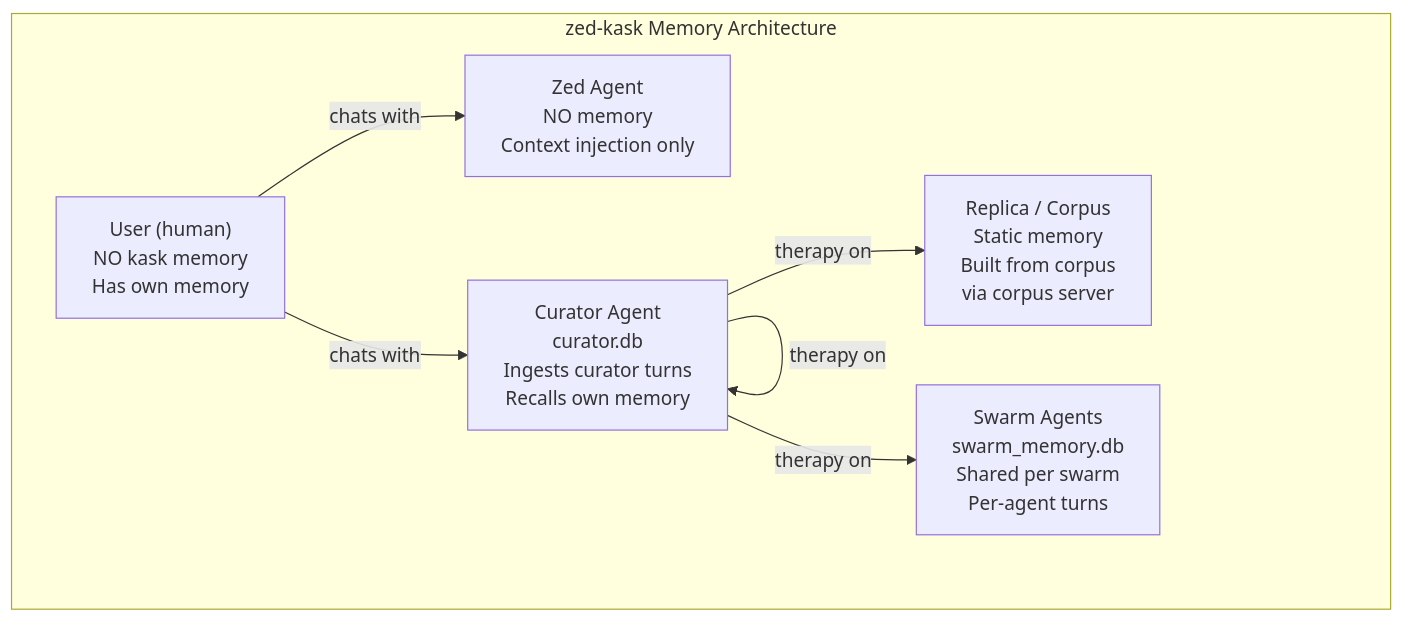
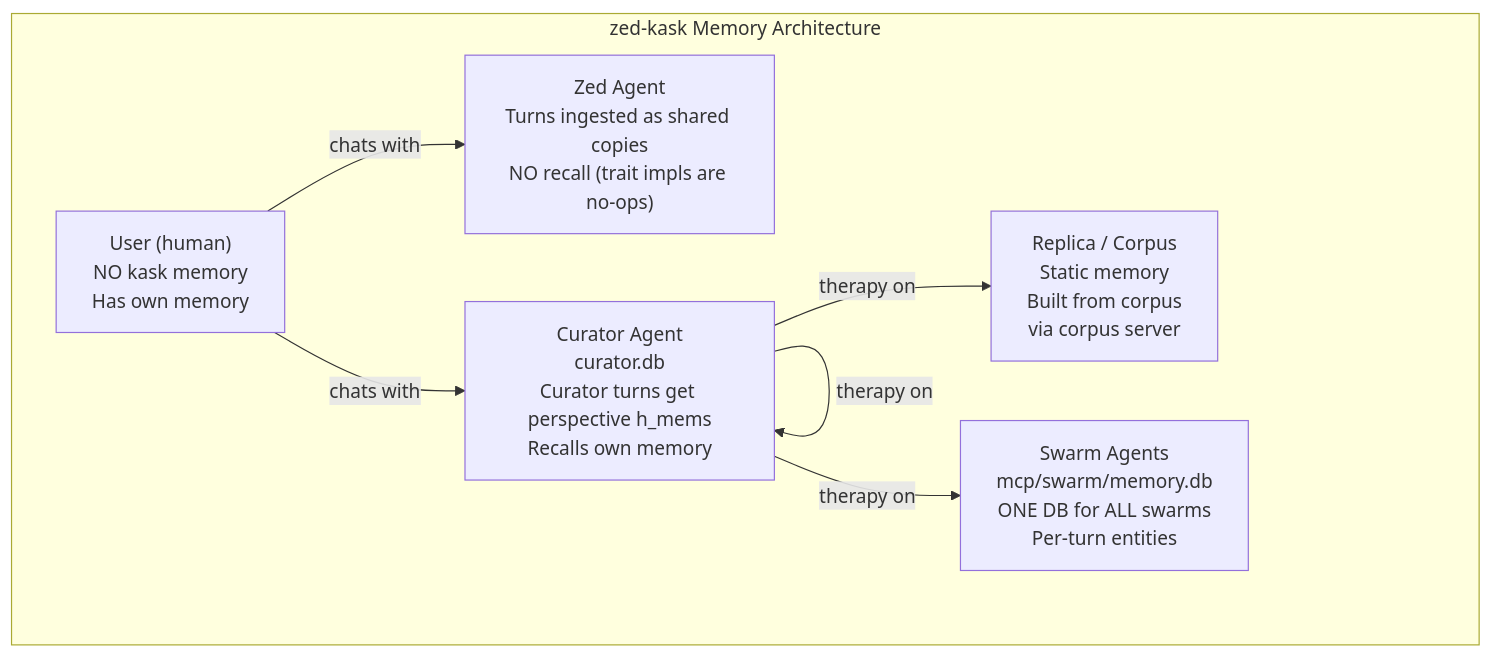
The first of 9 diagrams in kask/docs/architecture/memory-system-and-therapy.md (mdz-axo/zed-kask), drawn with Mermaid before and after one commit. The commit also changed other lines of this file and 34 other files, not shown here.

````diff
--- a/kask/docs/architecture/memory-system-and-therapy.md
+++ b/kask/docs/architecture/memory-system-and-therapy.md
@@ -57,16 +67,16 @@
 ```mermaid
 graph TD
     subgraph "zed-kask Memory Architecture"
         User["User (human)<br/>NO kask memory<br/>Has own memory"]
-        ZedAgent["Zed Agent<br/>NO memory<br/>Context injection only"]
-        Curator["Curator Agent<br/>curator.db<br/>Ingests curator turns<br/>Recalls own memory"]
+        ZedAgent["Zed Agent<br/>Turns ingested as shared copies<br/>NO recall (trait impls are no-ops)"]
+        Curator["Curator Agent<br/>curator.db<br/>Curator turns get perspective h_mems<br/>Recalls own memory"]
         Corpus["Replica / Corpus<br/>Static memory<br/>Built from corpus<br/>via corpus server"]
-        Swarm["Swarm Agents<br/>swarm_memory.db<br/>Shared per swarm<br/>Per-agent turns"]
+        Swarm["Swarm Agents<br/>mcp/swarm/memory.db<br/>ONE DB for ALL swarms<br/>Per-turn entities"]
     end
 
     User -->|chats with| ZedAgent
     User -->|chats with| Curator
     Curator -->|therapy on| Curator
     Curator -->|therapy on| Corpus
     Curator -->|therapy on| Swarm
 ```
````
